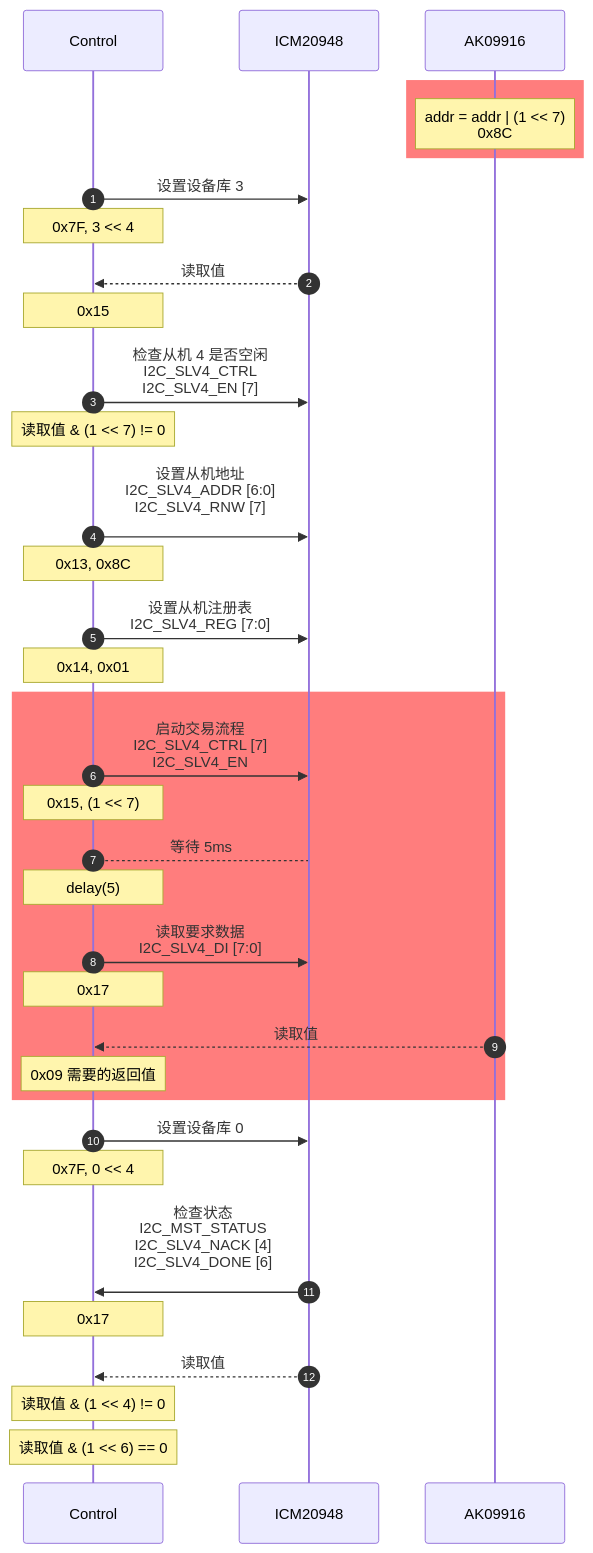
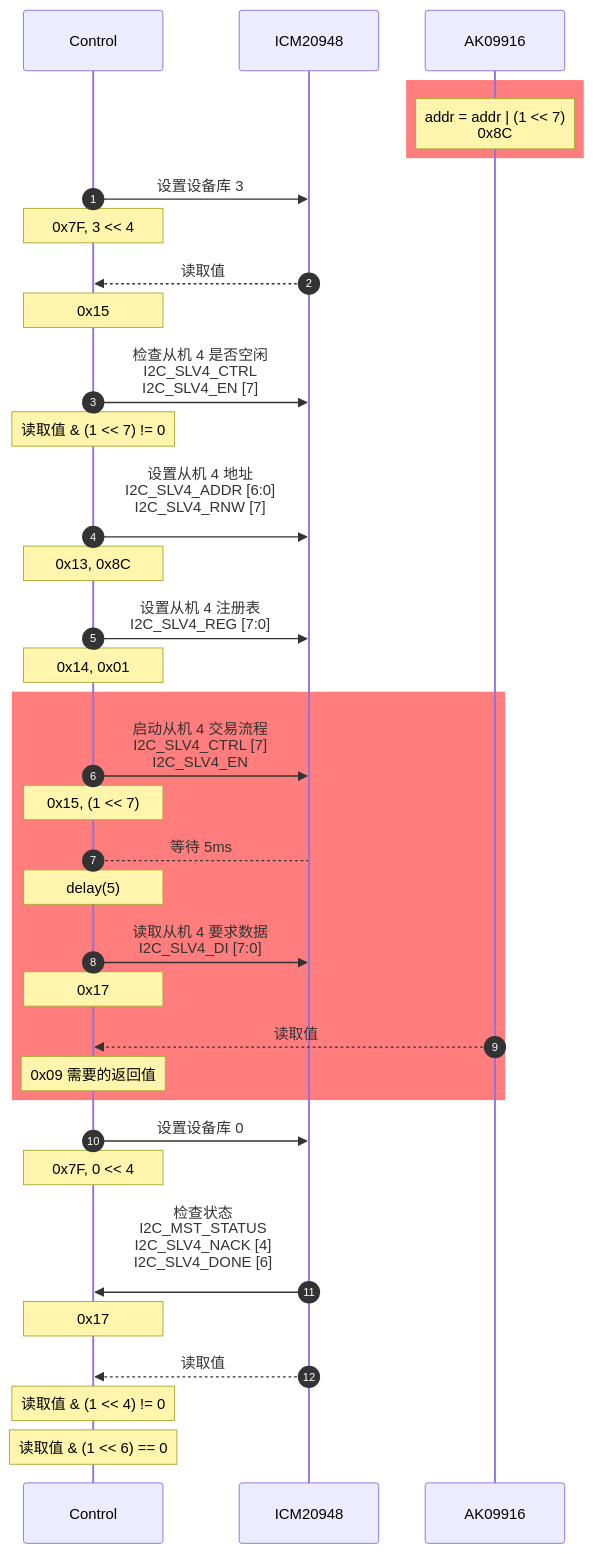
Before and after one commit to hkdickyko/hkdickyko.github.io: the fifth of 7 diagrams in _posts/2025-04-06-mdchart.md, drawn with Mermaid. The commit also changed other lines of this file, not shown here.

```diff
--- a/_posts/2025-04-06-mdchart.md
+++ b/_posts/2025-04-06-mdchart.md
@@ -280,37 +283,37 @@
 <div class="mermaid">
 sequenceDiagram;
    autonumber;
    participant C as Control;
    participant I as ICM20948;
    participant A as AK09916;
    rect rgb(255,125,125);
    note over A: addr = addr | (1 << 7)<br/>0x8C;
    end;
    C->>I: 设置设备库 3;
    note over C: 0x7F, 3 << 4;
    I-->>C: 读取值;
    note over C: 0x15;
    C->>I: 检查从机 4 是否空闲<br/>I2C_SLV4_CTRL<br/>I2C_SLV4_EN [7];
    note over C: 读取值 & (1 << 7) != 0;
-   C->>I: 设置从机地址<br/>I2C_SLV4_ADDR [6:0]<br/>I2C_SLV4_RNW [7]<br/>;
+   C->>I: 设置从机 4 地址<br/>I2C_SLV4_ADDR [6:0]<br/>I2C_SLV4_RNW [7]<br/>;
    note over C: 0x13, 0x8C;
-   C->>I: 设置从机注册表<br/>I2C_SLV4_REG [7:0];
+   C->>I: 设置从机 4 注册表<br/>I2C_SLV4_REG [7:0];
    note over C: 0x14, 0x01;
    rect rgb(255,125,125);
-   C->>I: 启动交易流程<br/>I2C_SLV4_CTRL [7] <br/>I2C_SLV4_EN;
+   C->>I: 启动从机 4 交易流程<br/>I2C_SLV4_CTRL [7] <br/>I2C_SLV4_EN;
    note over C: 0x15, (1 << 7);   
    C-->I: 等待 5ms;
    note over C: delay(5);
-   C->>I: 读取要求数据<br/>I2C_SLV4_DI [7:0];
+   C->>I: 读取从机 4 要求数据<br/>I2C_SLV4_DI [7:0];
    note over C: 0x17;
    A-->>C: 读取值;
    note over C: 0x09 需要的返回值;
    end;
    C->>I: 设置设备库 0;
    note over C: 0x7F, 0 << 4;
    I->>C: 检查状态<br/>I2C_MST_STATUS<br/>I2C_SLV4_NACK [4]<br/>I2C_SLV4_DONE [6]<br/>;
    note over C: 0x17;
    I-->>C: 读取值; 
    note over C: 读取值 & (1 << 4) != 0;
    note over C: 读取值 & (1 << 6) == 0;  
 </div>
```
